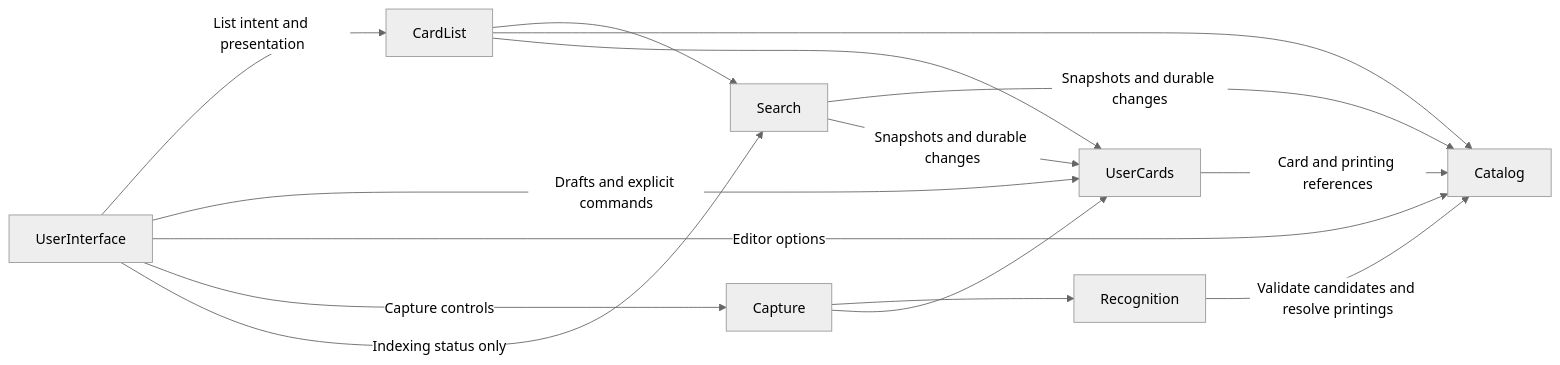
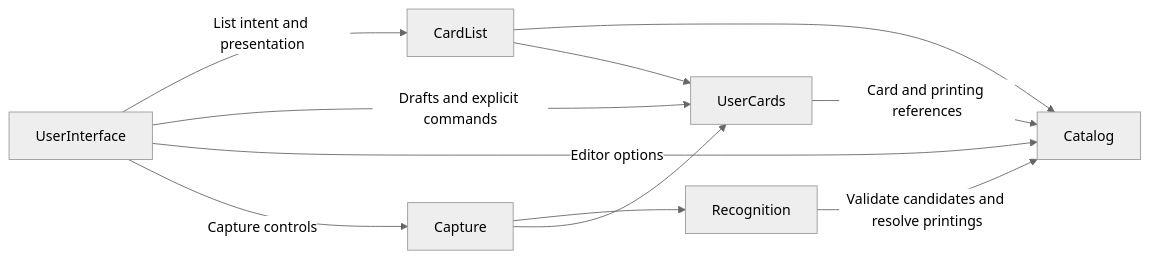
The diagram in docs/architecture.md (saintiago/magic-collection-keeper), drawn with Mermaid (neutral theme) before and after one commit. The commit also changed other lines of this file and 21 other files, not shown here.

````diff
--- a/docs/architecture.md
+++ b/docs/architecture.md
@@ -27,17 +26,13 @@
 ```mermaid
 flowchart LR
     UI[UserInterface] -->|List intent and presentation| CardList
     UI -->|Drafts and explicit commands| UserCards
     UI -->|Editor options| Catalog
     UI -->|Capture controls| Capture
-    UI -->|Indexing status only| Search
-    CardList --> Search
     CardList --> Catalog
     CardList --> UserCards
     Capture --> Recognition
     Capture --> UserCards
-    Search -->|Snapshots and durable changes| Catalog
-    Search -->|Snapshots and durable changes| UserCards
     Recognition -->|Validate candidates and resolve printings| Catalog
     UserCards -->|Card and printing references| Catalog
 ```
````
